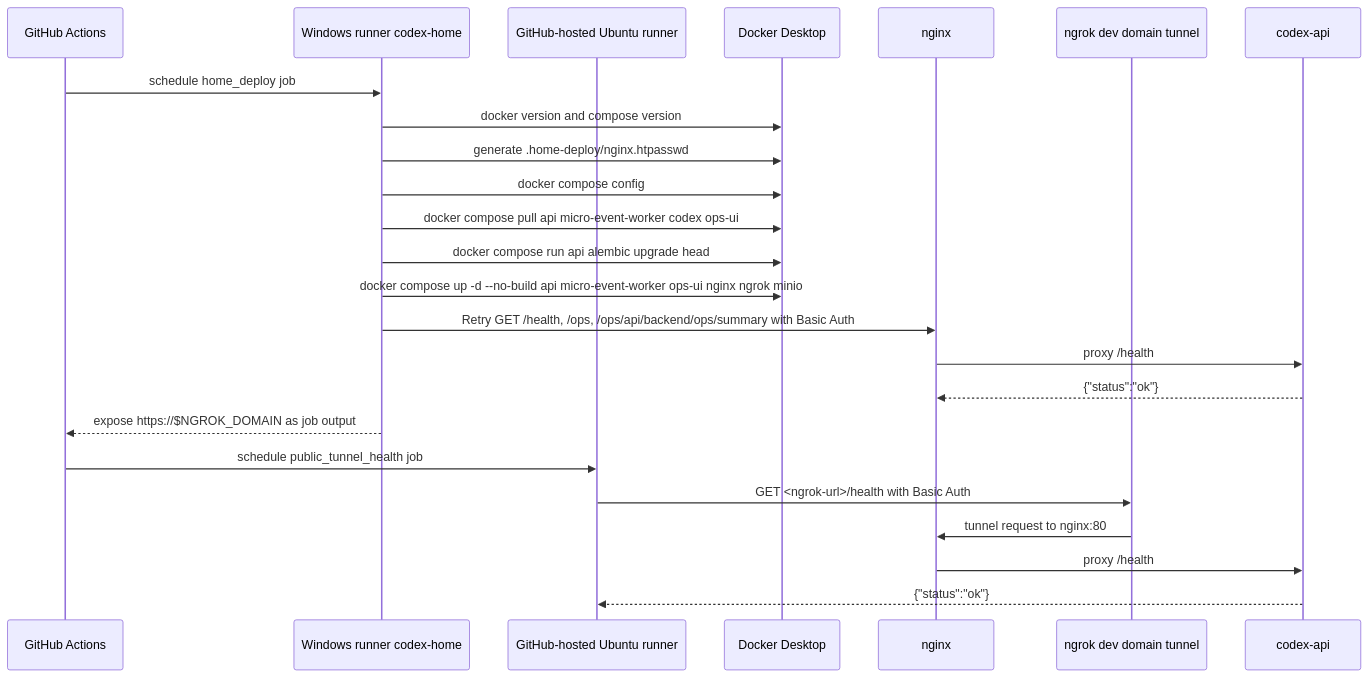
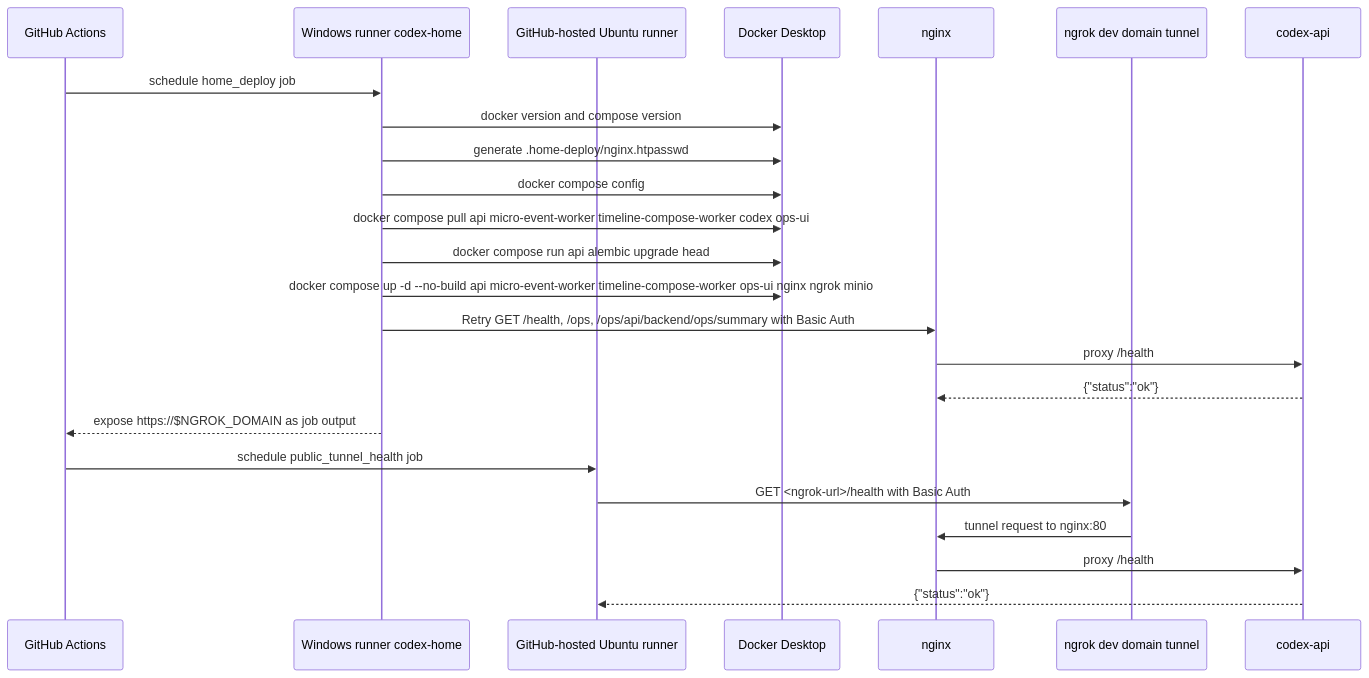
One commit to Mabaragi/codex-youtube-pipeline changed the third of 5 diagrams in docs/CICD.md. Above: the diagram before and after it, drawn with Mermaid. The commit also changed other lines of this file and 41 other files, not shown here.

First line of the commit message:
feat(timelines): add queued timeline compose worker

````diff
--- a/docs/CICD.md
+++ b/docs/CICD.md
@@ -87,27 +87,27 @@
 ```mermaid
 sequenceDiagram
     participant GH as GitHub Actions
     participant Runner as Windows runner codex-home
     participant PublicRunner as GitHub-hosted Ubuntu runner
     participant Docker as Docker Desktop
     participant Nginx as nginx
     participant Ngrok as ngrok dev domain tunnel
     participant API as codex-api
 
     GH->>Runner: schedule home_deploy job
     Runner->>Docker: docker version and compose version
     Runner->>Docker: generate .home-deploy/nginx.htpasswd
     Runner->>Docker: docker compose config
-    Runner->>Docker: docker compose pull api micro-event-worker codex ops-ui
+    Runner->>Docker: docker compose pull api micro-event-worker timeline-compose-worker codex ops-ui
     Runner->>Docker: docker compose run api alembic upgrade head
-    Runner->>Docker: docker compose up -d --no-build api micro-event-worker ops-ui nginx ngrok minio
+    Runner->>Docker: docker compose up -d --no-build api micro-event-worker timeline-compose-worker ops-ui nginx ngrok minio
     Runner->>Nginx: Retry GET /health, /ops, /ops/api/backend/ops/summary with Basic Auth
     Nginx->>API: proxy /health
     API-->>Nginx: {"status":"ok"}
     Runner-->>GH: expose https://$NGROK_DOMAIN as job output
     GH->>PublicRunner: schedule public_tunnel_health job
     PublicRunner->>Ngrok: GET <ngrok-url>/health with Basic Auth
     Ngrok->>Nginx: tunnel request to nginx:80
     Nginx->>API: proxy /health
     API-->>PublicRunner: {"status":"ok"}
 ```
````
